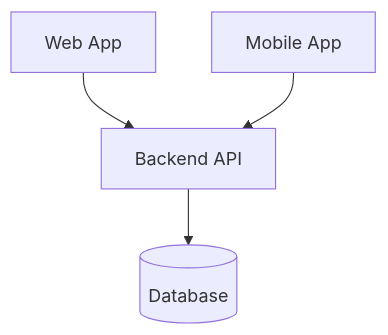
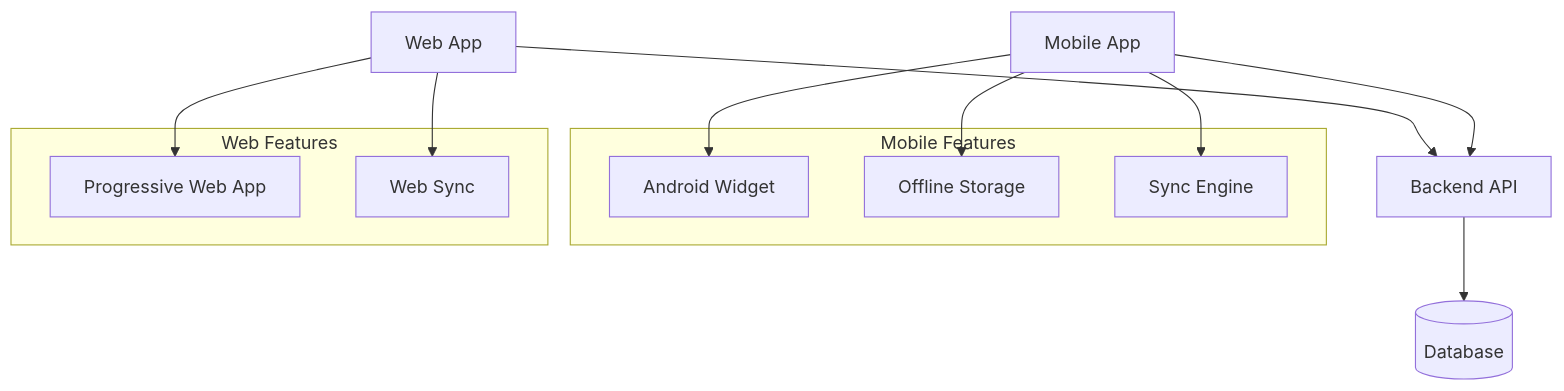
One commit to diegobraga92/OpenToDoApp changed the first of 4 diagrams in docs/architecture.md. Above: the diagram before and after it, drawn with Mermaid. The commit also changed other lines of this file and 3 other files, not shown here.

````diff
--- a/docs/architecture.md
+++ b/docs/architecture.md
@@ -27,6 +11,23 @@
 ```mermaid
 graph TD
   Web[Web App] --> API[Backend API]
   Mobile[Mobile App] --> API
   API --> DB[(Database)]
+  
+  subgraph Mobile Features
+    Widget[Android Widget]
+    Offline[Offline Storage]
+    Sync[Sync Engine]
+  end
+  
+  subgraph Web Features
+    PWA[Progressive Web App]
+    WebSync[Web Sync]
+  end
+  
+  Mobile --> Widget
+  Mobile --> Offline
+  Mobile --> Sync
+  Web --> PWA
+  Web --> WebSync
 ```
````
